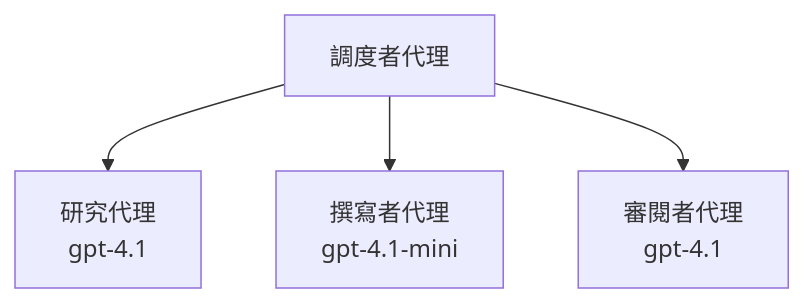
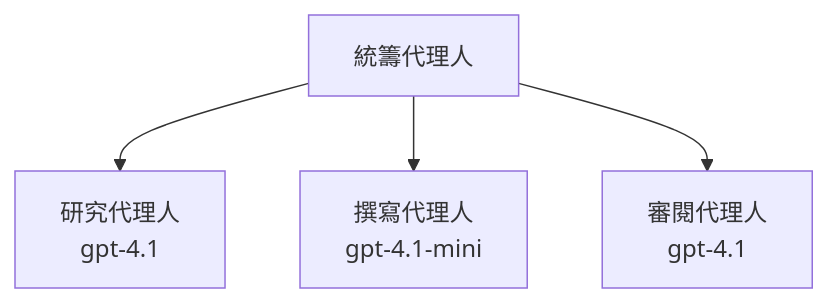
Before and after one commit to microsoft/AZD-for-beginners: the third of 3 diagrams in translations/zh-HK/docs/chapter-02-ai-development/agents.md, drawn with Mermaid. The commit also changed other lines of this file and 101 other files, not shown here.

````diff
--- a/translations/zh-HK/docs/chapter-02-ai-development/agents.md
+++ b/translations/zh-HK/docs/chapter-02-ai-development/agents.md
@@ -189,6 +194,6 @@
 ```mermaid
 graph TD
-    Orchestrator[調度者代理] --> Research[研究代理<br/>gpt-4.1]
-    Orchestrator --> Writer[撰寫者代理<br/>gpt-4.1-mini]
-    Orchestrator --> Reviewer[審閱者代理<br/>gpt-4.1]
+    Orchestrator[統籌代理人] --> Research[研究代理人<br/>gpt-4.1]
+    Orchestrator --> Writer[撰寫代理人<br/>gpt-4.1-mini]
+    Orchestrator --> Reviewer[審閱代理人<br/>gpt-4.1]
 ```
````
